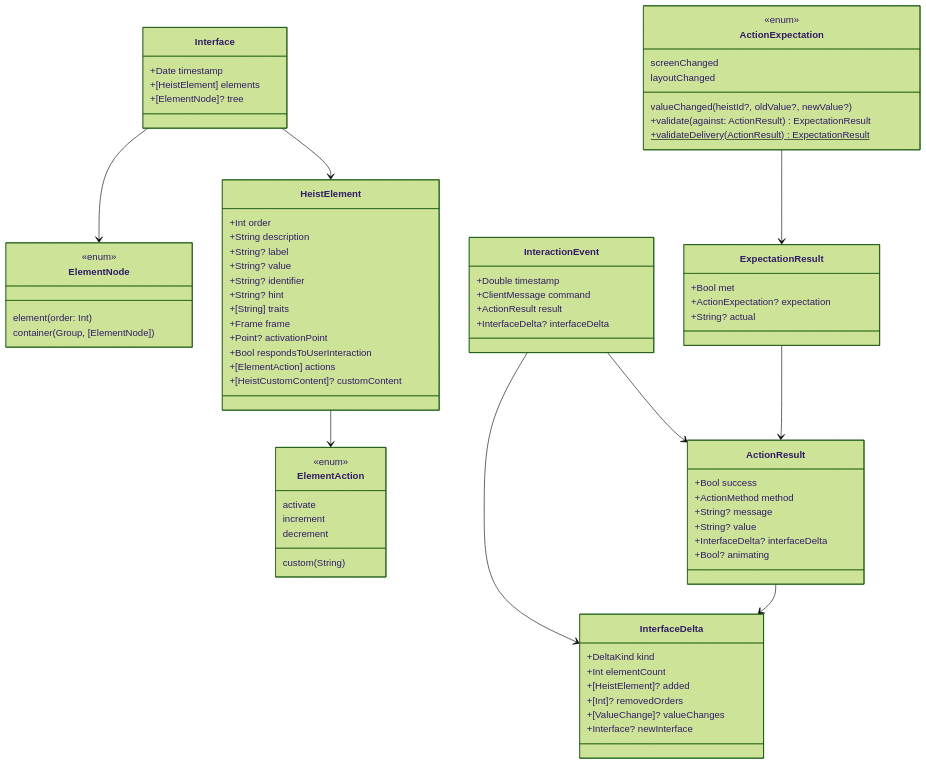
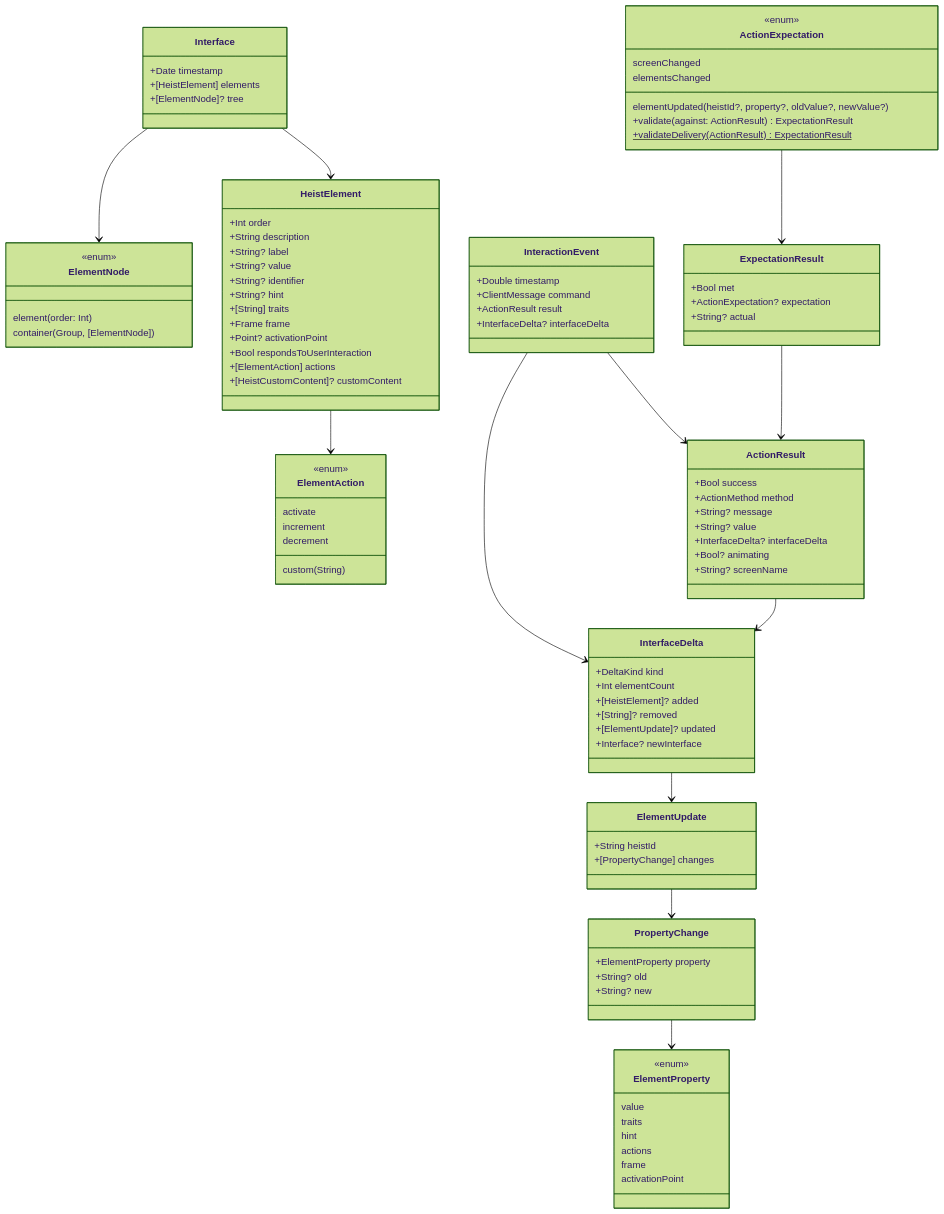
One commit to RoyalPineapple/TheButtonHeist changed the third of 3 diagrams in docs/dossiers/01-THESCORE.md. Above: the diagram before and after it, drawn with Mermaid (forest theme). The commit also changed other lines of this file and 17 other files, not shown here.

First line of the commit message:
feat: property-level element diffs and updated expectation system (#145)

```diff
--- a/docs/dossiers/01-THESCORE.md
+++ b/docs/dossiers/01-THESCORE.md
@@ -128,21 +128,46 @@
         +String? value
         +InterfaceDelta? interfaceDelta
         +Bool? animating
+        +String? screenName
     }
 
     class InterfaceDelta {
         +DeltaKind kind
         +Int elementCount
         +[HeistElement]? added
-        +[Int]? removedOrders
-        +[ValueChange]? valueChanges
+        +[String]? removed
+        +[ElementUpdate]? updated
         +Interface? newInterface
+    }
+
+    class ElementUpdate {
+        +String heistId
+        +[PropertyChange] changes
+    }
+
+    class PropertyChange {
+        +ElementProperty property
+        +String? old
+        +String? new
+    }
+
+    class ElementProperty {
+        <<enum>>
+        value
+        traits
+        hint
+        actions
+        frame
+        activationPoint
     }
 
     Interface --> HeistElement
     Interface --> ElementNode
     HeistElement --> ElementAction
     ActionResult --> InterfaceDelta
+    InterfaceDelta --> ElementUpdate
+    ElementUpdate --> PropertyChange
+    PropertyChange --> ElementProperty
 
     class InteractionEvent {
         +Double timestamp
@@ -157,8 +182,8 @@
     class ActionExpectation {
         <<enum>>
         screenChanged
-        layoutChanged
-        valueChanged(heistId?, oldValue?, newValue?)
+        elementsChanged
+        elementUpdated(heistId?, property?, oldValue?, newValue?)
         +validate(against: ActionResult) ExpectationResult
         +validateDelivery(ActionResult)$ ExpectationResult
     }
```
